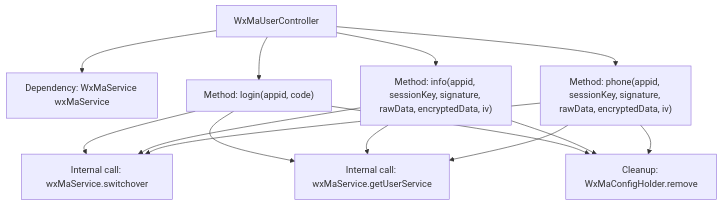
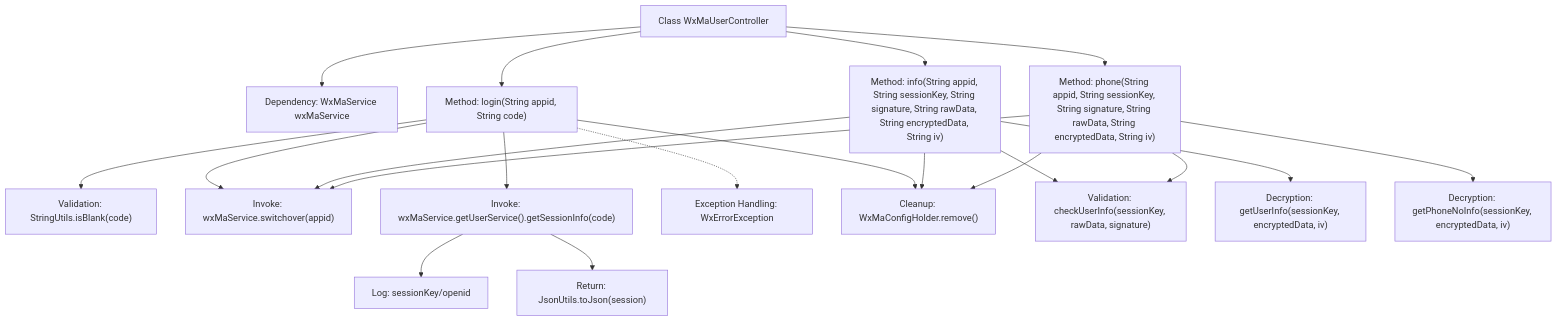
One commit to v-wjrong/rongwj666_weixin-java-miniapp-demo changed the second of 2 diagrams in docs/en/docs/src/main/java/com/github/binarywang/demo/wx/miniapp/controller/WxMaUserController.md. Above: the diagram before and after it, drawn with Mermaid. The commit also changed other lines of this file and 49 other files, not shown here.

````diff
--- a/docs/en/docs/src/main/java/com/github/binarywang/demo/wx/miniapp/controller/WxMaUserController.md
+++ b/docs/en/docs/src/main/java/com/github/binarywang/demo/wx/miniapp/controller/WxMaUserController.md
@@ -78,25 +93,38 @@
 ```mermaid
 graph TD
-    A["WxMaUserController"]
+    A["Class WxMaUserController"]
     B["Dependency: WxMaService wxMaService"]
-    C["Method: login(appid, code)"]
-    D["Method: info(appid, sessionKey, signature, rawData, encryptedData, iv)"]
-    E["Method: phone(appid, sessionKey, signature, rawData, encryptedData, iv)"]
-    F["Internal call: wxMaService.switchover"]
-    G["Internal call: wxMaService.getUserService"]
-    H["Cleanup: WxMaConfigHolder.remove"]
+    C["Method: login(String appid, String code)"]
+    D["Method: info(String appid, String sessionKey, String signature, String rawData, String encryptedData, String iv)"]
+    E["Method: phone(String appid, String sessionKey, String signature, String rawData, String encryptedData, String iv)"]
+    F["Validation: StringUtils.isBlank(code)"]
+    G["Invoke: wxMaService.switchover(appid)"]
+    H["Invoke: wxMaService.getUserService().getSessionInfo(code)"]
+    I["Log: sessionKey/openid"]
+    J["Return: JsonUtils.toJson(session)"]
+    K["Exception Handling: WxErrorException"]
+    L["Cleanup: WxMaConfigHolder.remove()"]
+    M["Validation: checkUserInfo(sessionKey, rawData, signature)"]
+    N["Decryption: getUserInfo(sessionKey, encryptedData, iv)"]
+    O["Decryption: getPhoneNoInfo(sessionKey, encryptedData, iv)"]
 
     A --> B
     A --> C
     A --> D
     A --> E
     C --> F
     C --> G
     C --> H
-    D --> F
+    H --> I
+    H --> J
+    C -.-> K
+    C --> L
     D --> G
-    D --> H
-    E --> F
+    D --> M
+    D --> N
+    D --> L
     E --> G
-    E --> H
+    E --> M
+    E --> O
+    E --> L
 ```
````
